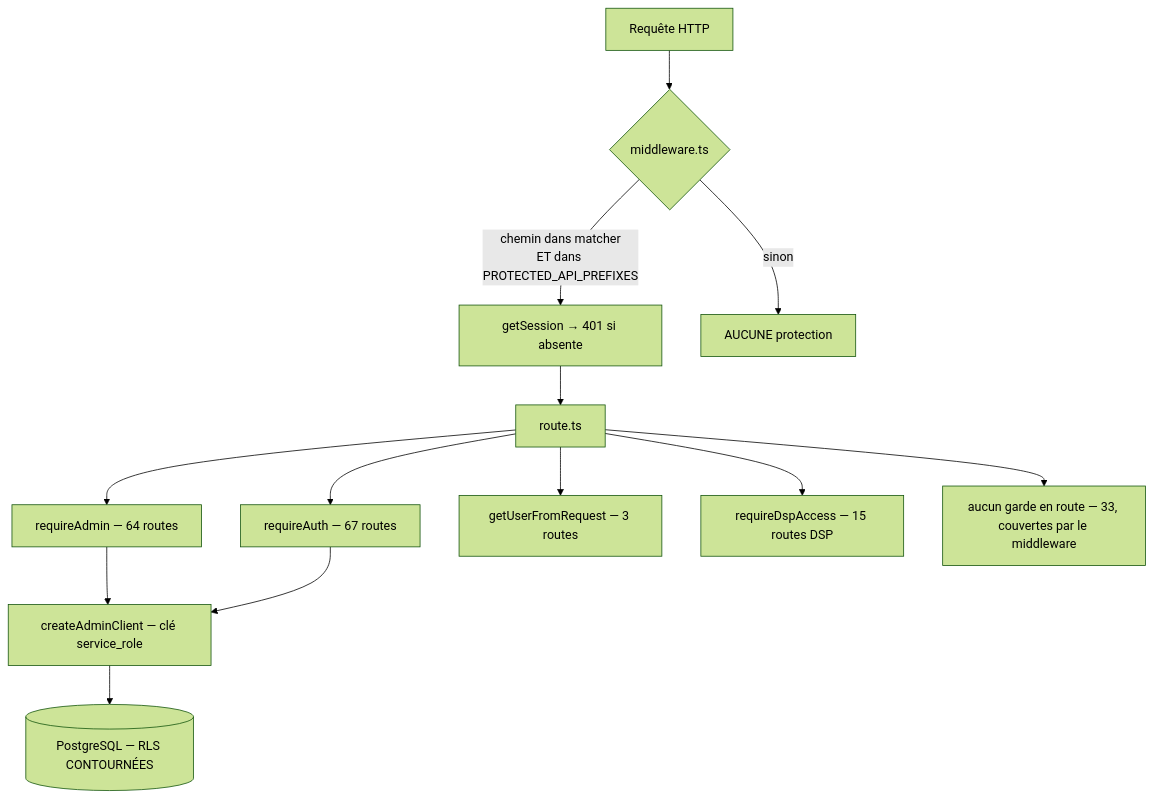
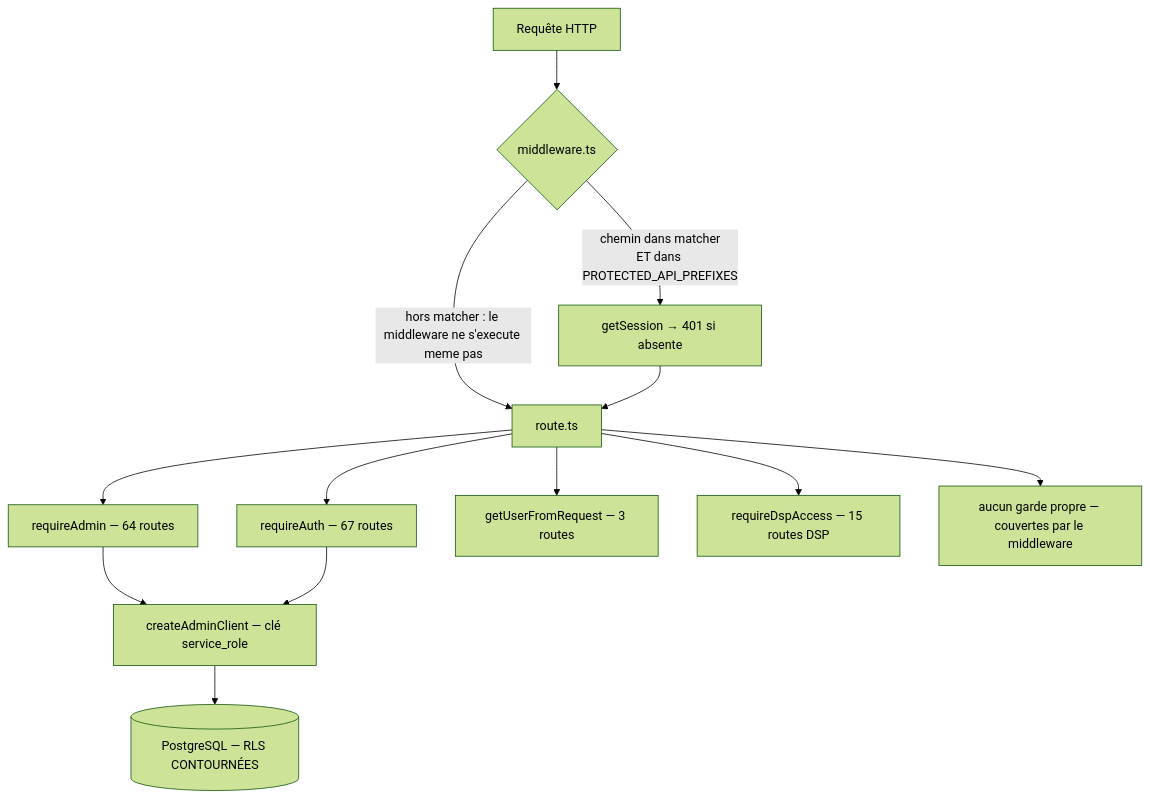
The first of 4 diagrams in docs/CARTOGRAPHIE.md (vincedosi/geo_promptV2-), drawn with Mermaid (forest theme) before and after one commit. The commit also changed other lines of this file and 2 other files, not shown here.

First line of the commit message:
test(securite): verrouille l'absence de route API publique par accident

````diff
--- a/docs/CARTOGRAPHIE.md
+++ b/docs/CARTOGRAPHIE.md
@@ -71,15 +71,15 @@
 ```mermaid
 graph TD
   Requete[Requête HTTP] --> MW{middleware.ts}
   MW -->|chemin dans matcher<br/>ET dans PROTECTED_API_PREFIXES| Session[getSession → 401 si absente]
-  MW -->|sinon| Public[AUCUNE protection]
+  MW -->|hors matcher : le middleware ne s'execute meme pas| Route
   Session --> Route[route.ts]
   Route --> G1[requireAdmin — 64 routes]
   Route --> G2[requireAuth — 67 routes]
   Route --> G3[getUserFromRequest — 3 routes]
   Route --> G4[requireDspAccess — 15 routes DSP]
-  Route --> G5[aucun garde en route — 33, couvertes par le middleware]
+  Route --> G5[aucun garde propre — couvertes par le middleware]
   G1 --> Admin[createAdminClient — clé service_role]
   G2 --> Admin
   Admin --> DB[(PostgreSQL — RLS CONTOURNÉES)]
 ```
````
